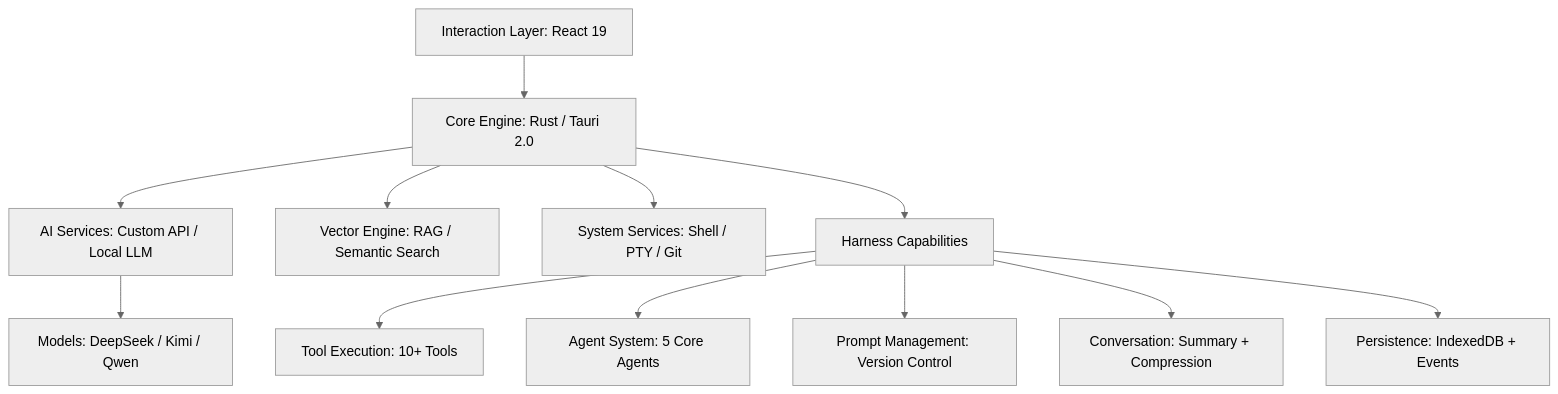
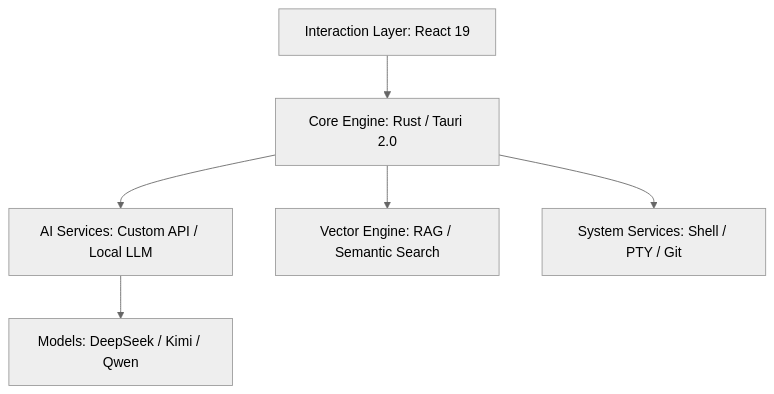
Before and after one commit to peterfei/ifai: the diagram in README.md, drawn with Mermaid (neutral theme). The commit also changed other lines of this file and 1 other file, not shown here.

````diff
--- a/README.md
+++ b/README.md
@@ -166,14 +121,8 @@
 ```mermaid
 graph TD
     A[Interaction Layer: React 19] --> B[Core Engine: Rust / Tauri 2.0]
     B --> C[AI Services: Custom API / Local LLM]
     B --> D[Vector Engine: RAG / Semantic Search]
     B --> E[System Services: Shell / PTY / Git]
     C --> F[Models: DeepSeek / Kimi / Qwen]
-    B --> G[Harness Capabilities]
-    G --> H[Tool Execution: 10+ Tools]
-    G --> I[Agent System: 5 Core Agents]
-    G --> J[Prompt Management: Version Control]
-    G --> K[Conversation: Summary + Compression]
-    G --> L[Persistence: IndexedDB + Events]
 ```
````
